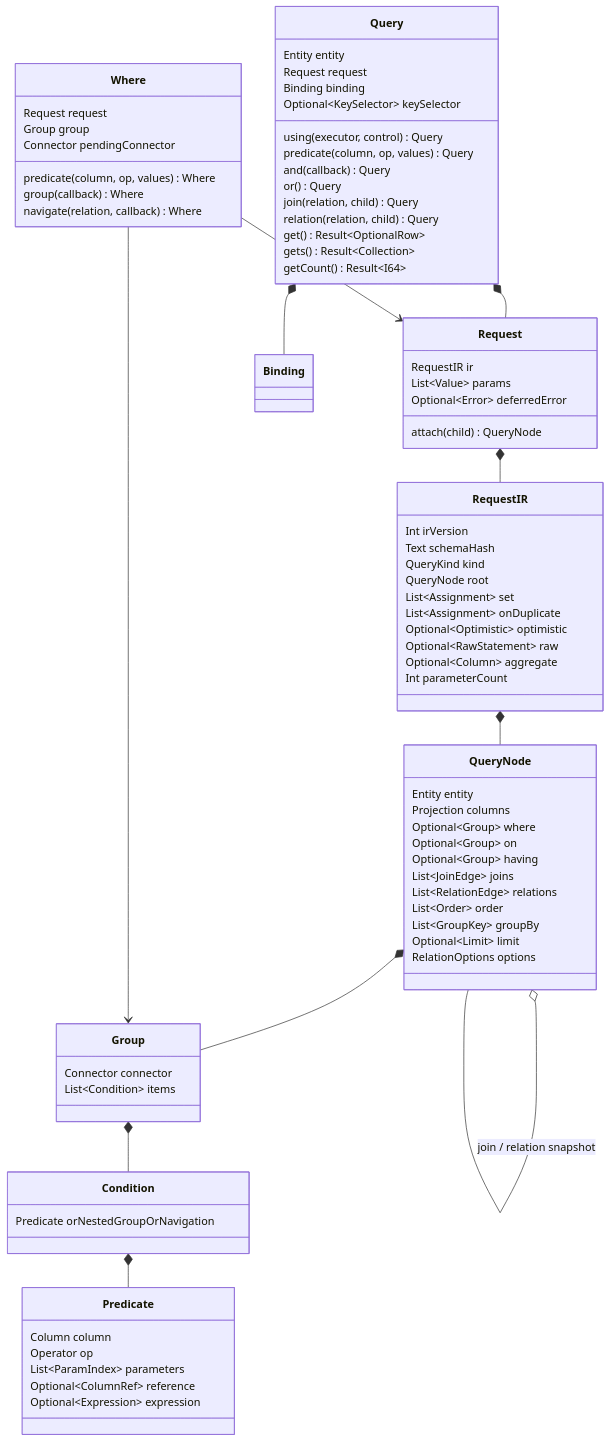
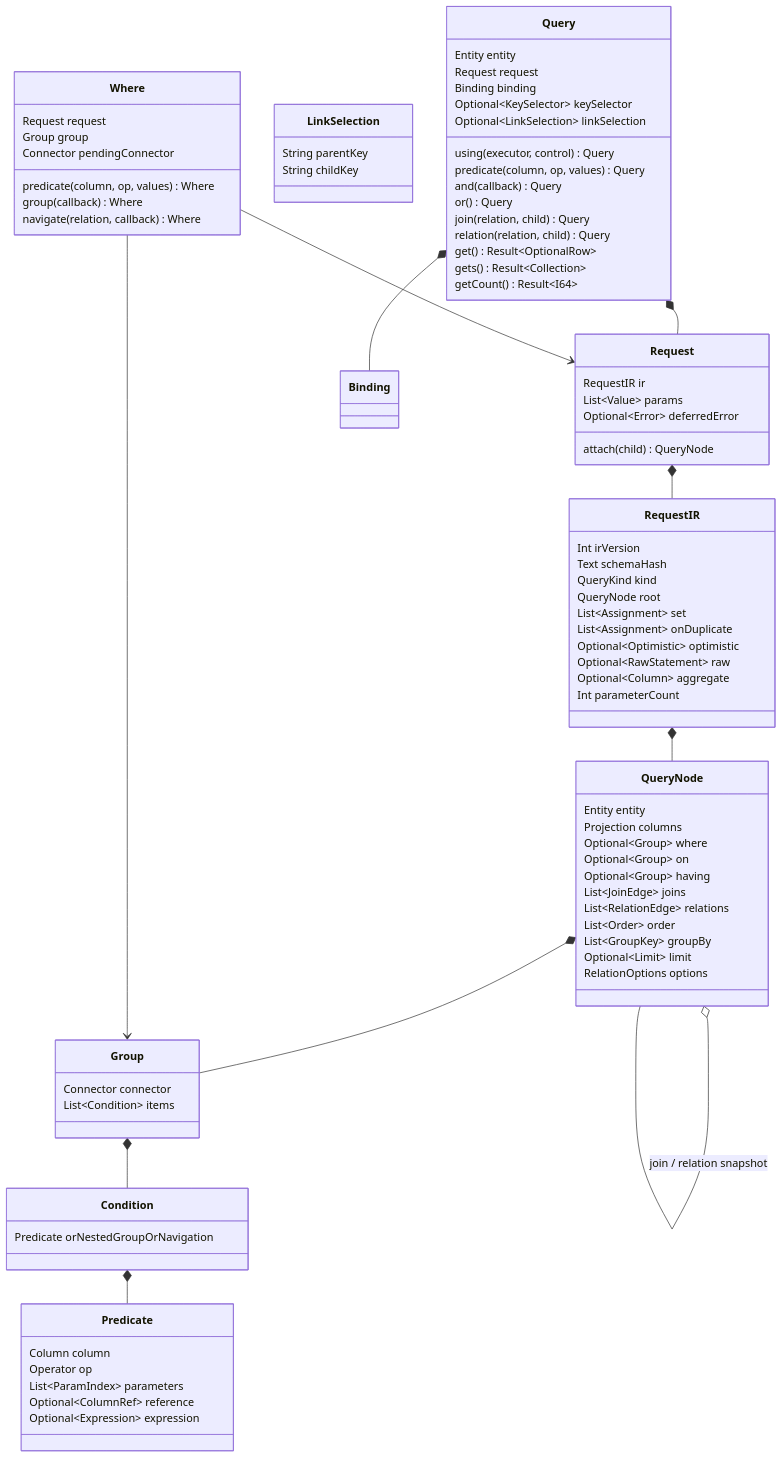
Before and after one commit to polyspec/orm: the second of 9 diagrams in docs/interfaces.md, drawn with Mermaid. The commit also changed other lines of this file and 28 other files, not shown here.

Commit message:
chore: align relation key selection across clients

```diff
--- a/docs/interfaces.md
+++ b/docs/interfaces.md
@@ -80,6 +80,7 @@
         Request request
         Binding binding
         Optional~KeySelector~ keySelector
+        Optional~LinkSelection~ linkSelection
         using(executor, control) Query
         predicate(column, op, values) Query
         and(callback) Query
@@ -89,6 +90,10 @@
         get() Result~OptionalRow~
         gets() Result~Collection~
         getCount() Result~I64~
+    }
+    class LinkSelection {
+        String parentKey
+        String childKey
     }
     class Request {
         RequestIR ir
```
